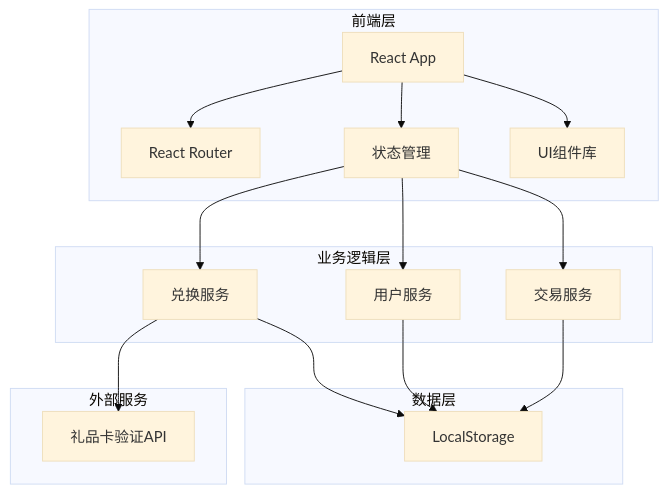
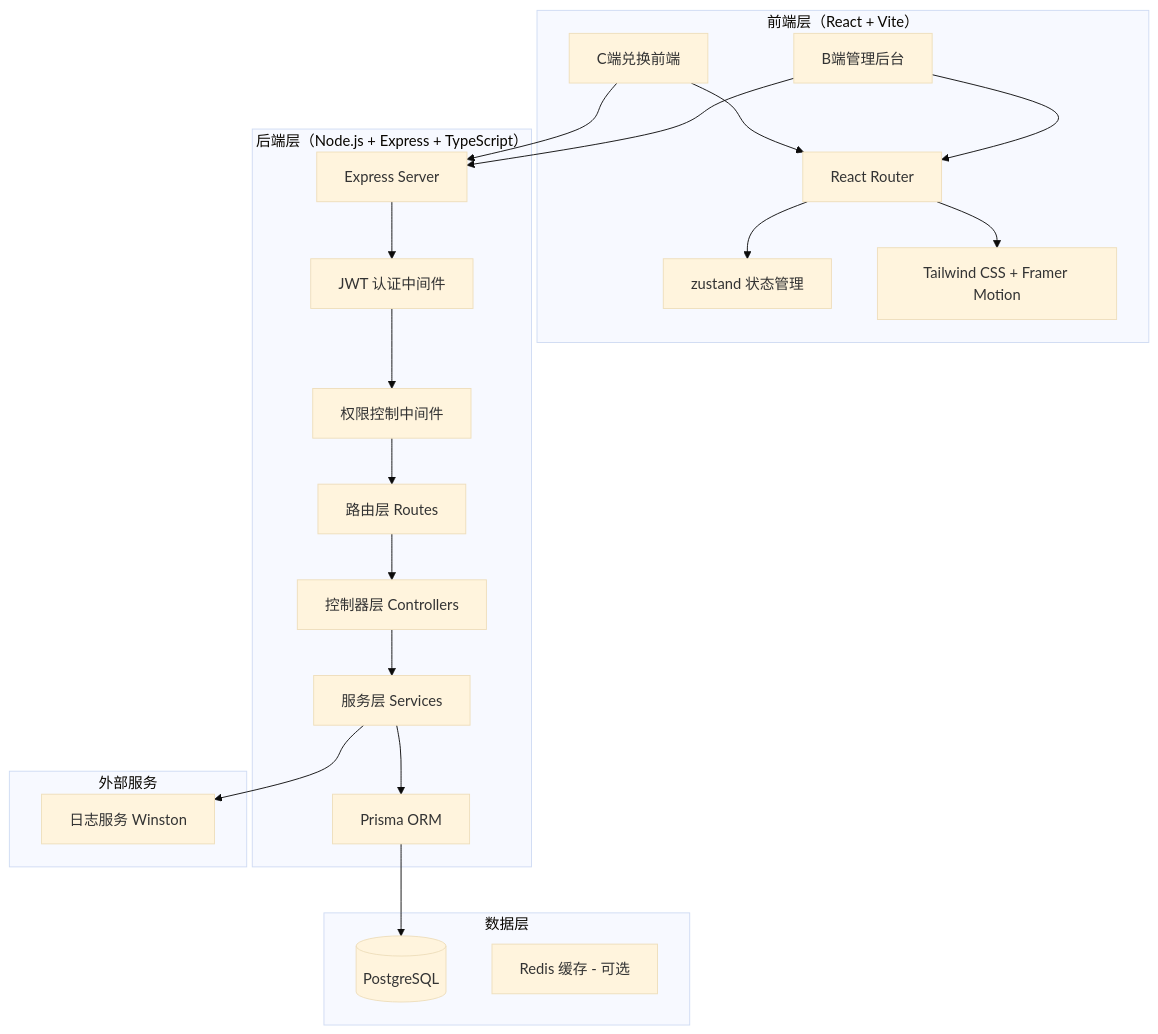
The diagram in .trae/documents/礼品卡兑换系统 技术架构.md (ChrisAsuka/ChrisAsuka), drawn with Mermaid (base theme) before and after one commit. The commit also changed other lines of this file and 54 other files, not shown here.

````diff
--- a/.trae/documents/礼品卡兑换系统 技术架构.md
+++ b/.trae/documents/礼品卡兑换系统 技术架构.md
@@ -5,26 +7,30 @@
 ```mermaid
 graph TB
-    subgraph 前端层
-        A[React App] --> B[React Router]
-        A --> C[状态管理]
-        A --> D[UI组件库]
+    subgraph "前端层（React + Vite）"
+        A[C端兑换前端] --> B[React Router]
+        C[B端管理后台] --> B
+        B --> D[zustand 状态管理]
+        B --> E[Tailwind CSS + Framer Motion]
     end
 
-    subgraph 业务逻辑层
-        C --> E[兑换服务]
-        C --> F[用户服务]
-        C --> G[交易服务]
+    subgraph "后端层（Node.js + Express + TypeScript）"
+        F[Express Server] --> G[JWT 认证中间件]
+        G --> H[权限控制中间件]
+        H --> I[路由层 Routes]
+        I --> J[控制器层 Controllers]
+        J --> K[服务层 Services]
+        K --> L[Prisma ORM]
     end
 
-    subgraph 数据层
-        G --> H[LocalStorage]
-        F --> H
-        E --> H
+    subgraph "数据层"
+        L --> M[(PostgreSQL)]
+        N[Redis 缓存 - 可选]
     end
 
-    subgraph 外部服务
-        I[礼品卡验证API]
+    subgraph "外部服务"
+        K --> O[日志服务 Winston]
     end
 
-    E --> I
+    A --> F
+    C --> F
 ```
````
